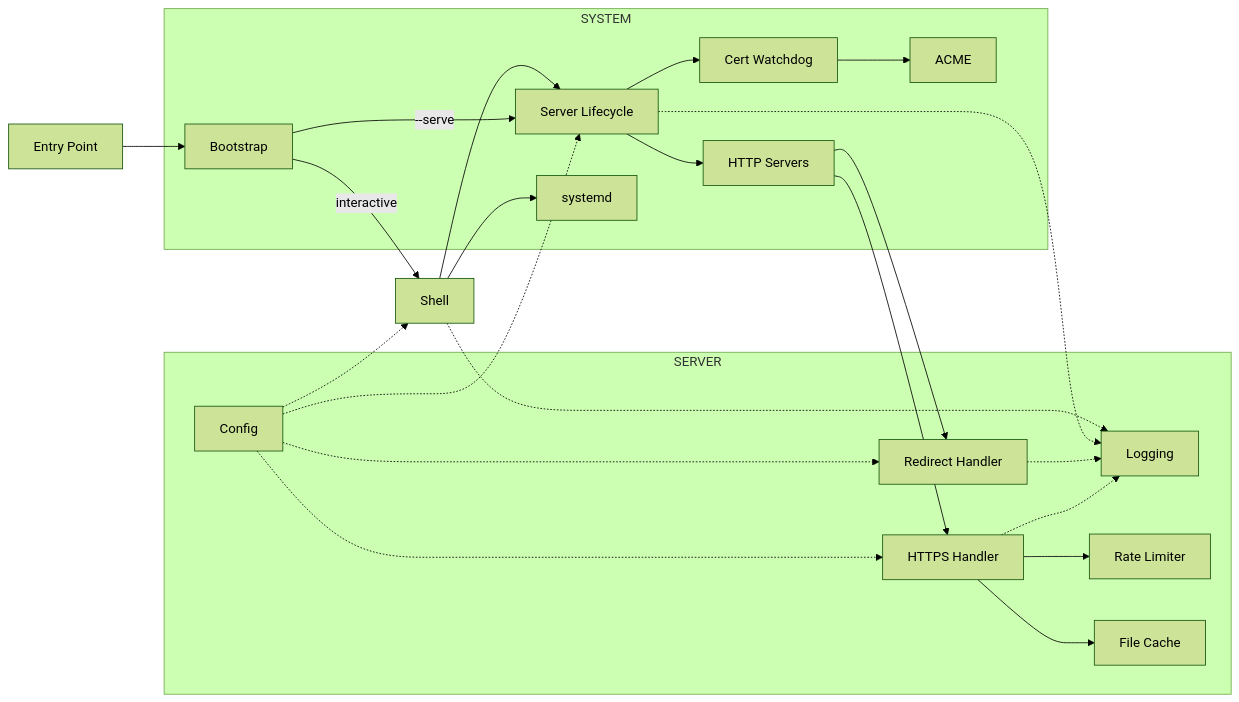
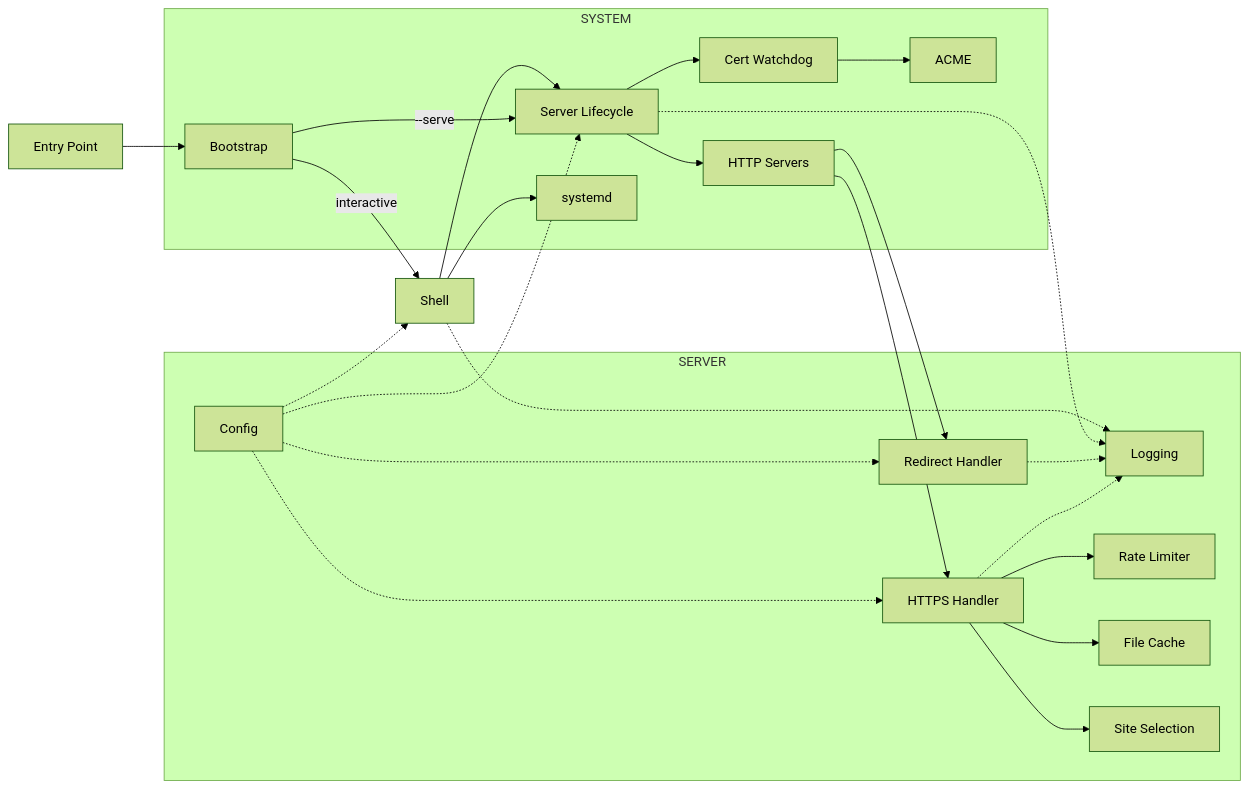
One commit to andy-emerson/Servette changed the diagram in DESIGN.md. Above: the diagram before and after it, drawn with Mermaid (forest theme). The commit also changed other lines of this file, not shown here.

````diff
--- a/DESIGN.md
+++ b/DESIGN.md
@@ -57,51 +57,53 @@
 ```mermaid
 graph LR
     EP[Entry Point]
 
     subgraph SERVER
         CFG[Config]
         LOG[Logging]
         RL[Rate Limiter]
         FC[File Cache]
+        SEL[Site Selection]
         HTTPS[HTTPS Handler]
         HTTP[Redirect Handler]
     end
 
     subgraph SYSTEM
         BS[Bootstrap]
         SRV[Server Lifecycle]
         ASG[HTTP Servers]
         CW[Cert Watchdog]
         ACME[ACME]
         SD[systemd]
     end
 
     SH[Shell]
 
     CFG -.-> HTTPS
     CFG -.-> HTTP
     CFG -.-> SRV
     CFG -.-> SH
 
     EP --> BS
     BS -->|--serve| SRV
     BS -->|interactive| SH
 
     SH --> SRV
     SH --> SD
 
     SRV --> ASG
     SRV --> CW
     ASG --> HTTPS
     ASG --> HTTP
 
     CW --> ACME
 
     HTTPS --> RL
+    HTTPS --> SEL
     HTTPS --> FC
 
     HTTPS -.-> LOG
     HTTP -.-> LOG
     SRV -.-> LOG
     SH -.-> LOG
 ```
````
